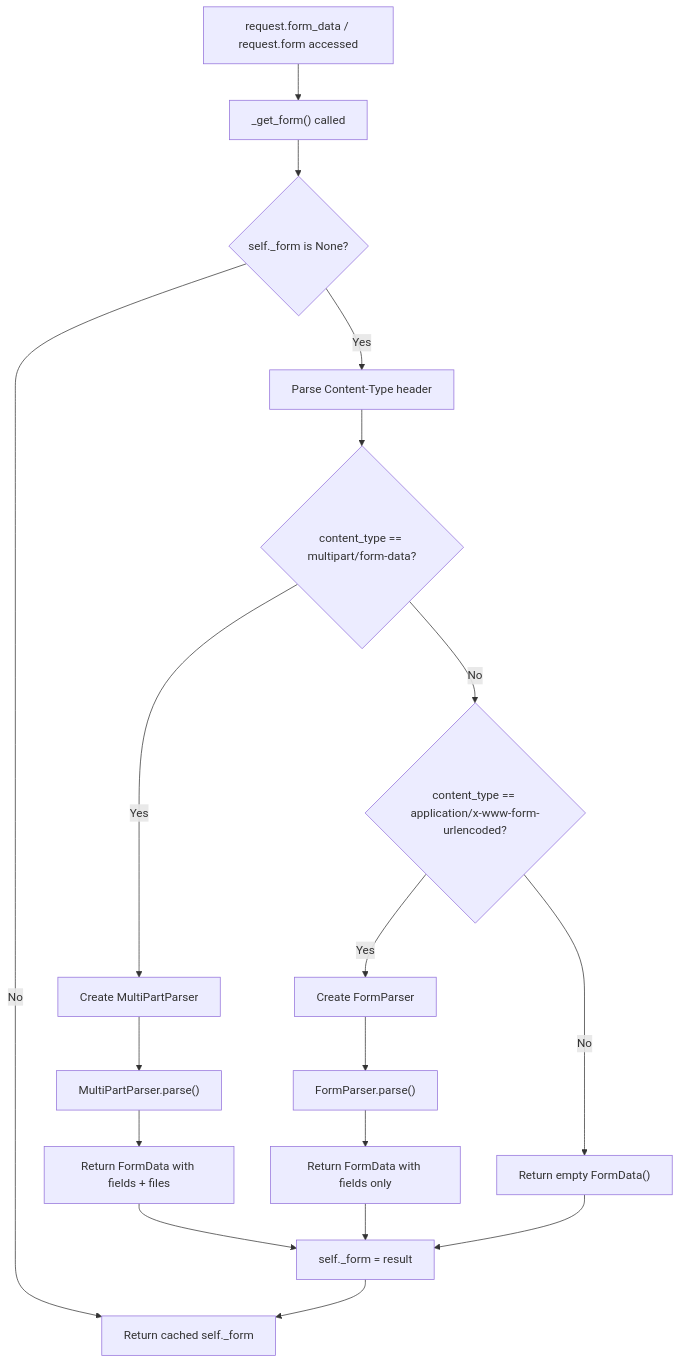
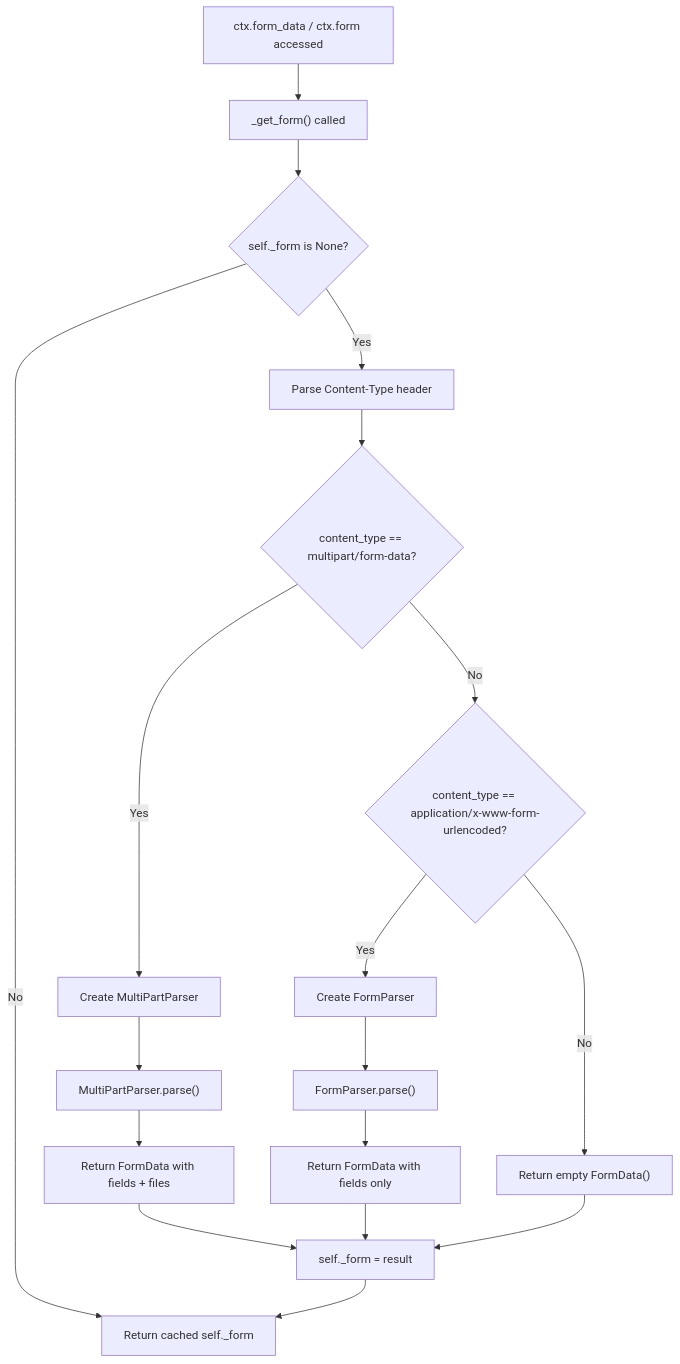
The fifth of 6 diagrams in docs/docs/src/content/docs/v1.0/advanced/http-request.md (sillohq/core), drawn with Mermaid before and after one commit. The commit also changed other lines of this file and 72 other files, not shown here.

````diff
--- a/docs/docs/src/content/docs/v1.0/advanced/http-request.md
+++ b/docs/docs/src/content/docs/v1.0/advanced/http-request.md
@@ -622,20 +622,20 @@
 ```mermaid
 flowchart TD
-    A["request.form_data / request.form accessed"] --> B["_get_form() called"]
+    A["ctx.form_data / ctx.form accessed"] --> B["_get_form() called"]
     B --> C{"self._form is None?"}
     C -->|No| Z["Return cached self._form"]
     C -->|Yes| D["Parse Content-Type header"]
     D --> E{"content_type == multipart/form-data?"}
     E -->|Yes| F["Create MultiPartParser"]
     F --> G["MultiPartParser.parse()"]
     G --> H["Return FormData with fields + files"]
     E -->|No| I{"content_type == application/x-www-form-urlencoded?"}
     I -->|Yes| J["Create FormParser"]
     J --> K["FormParser.parse()"]
     K --> L["Return FormData with fields only"]
     I -->|No| M["Return empty FormData()"]
     H --> N["self._form = result"]
     L --> N
     M --> N
     N --> Z
 ```
````
